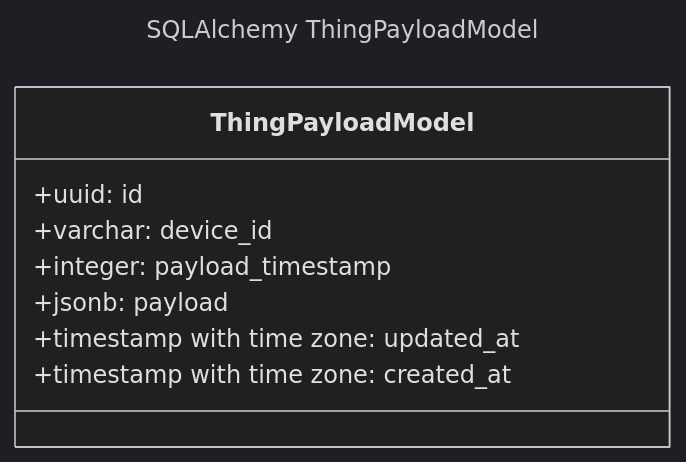
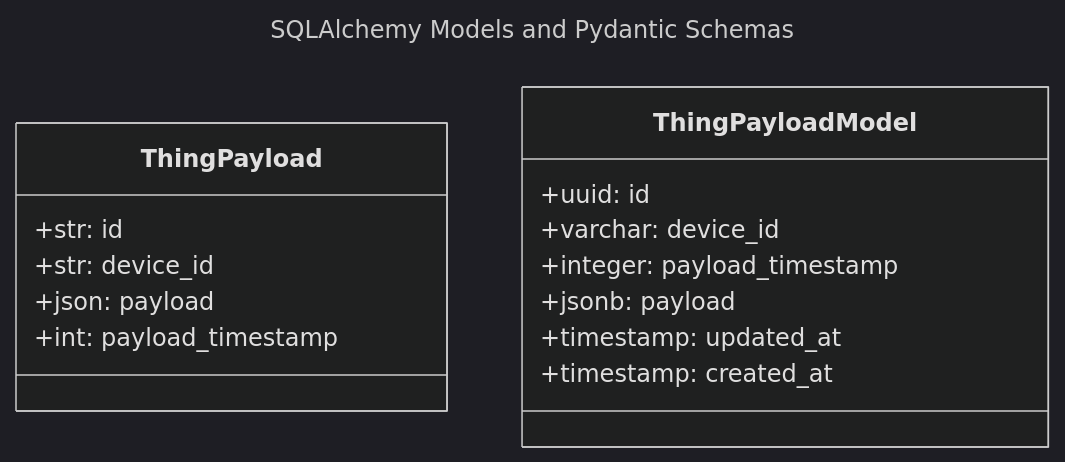
Before and after one commit to darrylmorton/ct-iot-thing-payloads-service: the diagram in docs/DIAGRAMS.md, drawn with Mermaid (dark theme).

````diff
--- a/docs/DIAGRAMS.md
+++ b/docs/DIAGRAMS.md
@@ -1,14 +1,22 @@
 ```mermaid
 ---
-title: SQLAlchemy ThingPayloadModel
+title: SQLAlchemy Models and Pydantic Schemas
 ---
 classDiagram
+    class ThingPayload {
+        +str: id
+        +str: device_id
+        +json: payload
+        +int: payload_timestamp
+    }
+
+
     class ThingPayloadModel {
         +uuid: id
         +varchar: device_id
         +integer: payload_timestamp
         +jsonb: payload
-        +timestamp with time zone: updated_at
-        +timestamp with time zone: created_at
+        +timestamp: updated_at
+        +timestamp: created_at
     }
 ```
````
